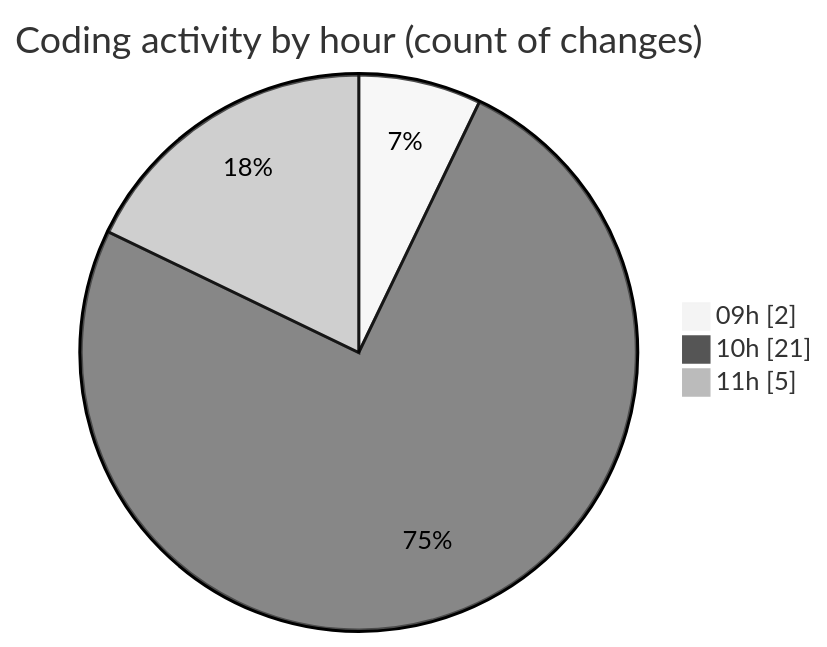
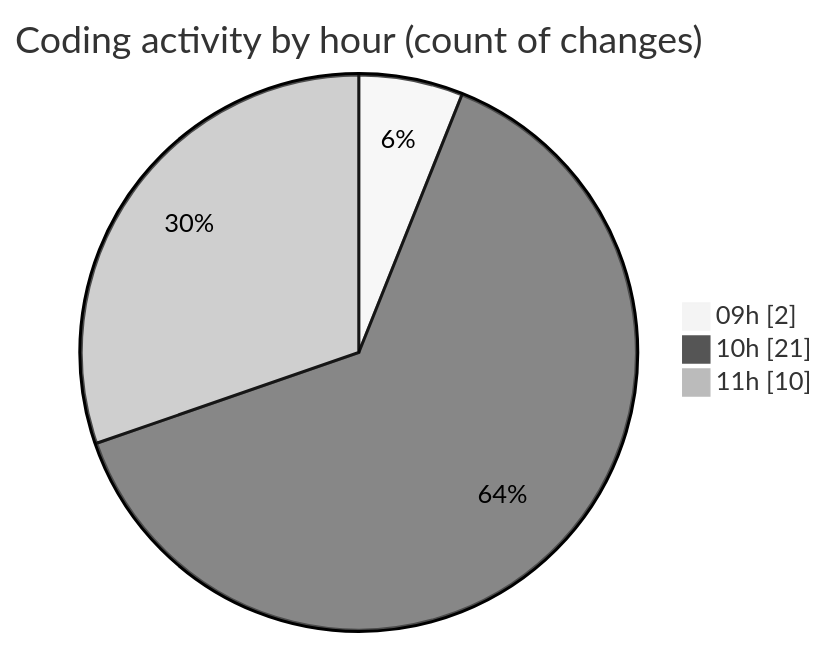
Before and after one commit to LanceThiago/code-tracking: the second of 2 diagrams in 2025-03-27/kml/README.md, drawn with Mermaid (neutral theme). The commit also changed other lines of this file and 1 other file, not shown here.

````diff
--- a/2025-03-27/kml/README.md
+++ b/2025-03-27/kml/README.md
@@ -40,7 +40,7 @@
 ```mermaid
 pie showData
 title Coding activity by hour (count of changes)
 "09h" : 2
 "10h" : 21
-"11h" : 5
+"11h" : 10
 ```
````
